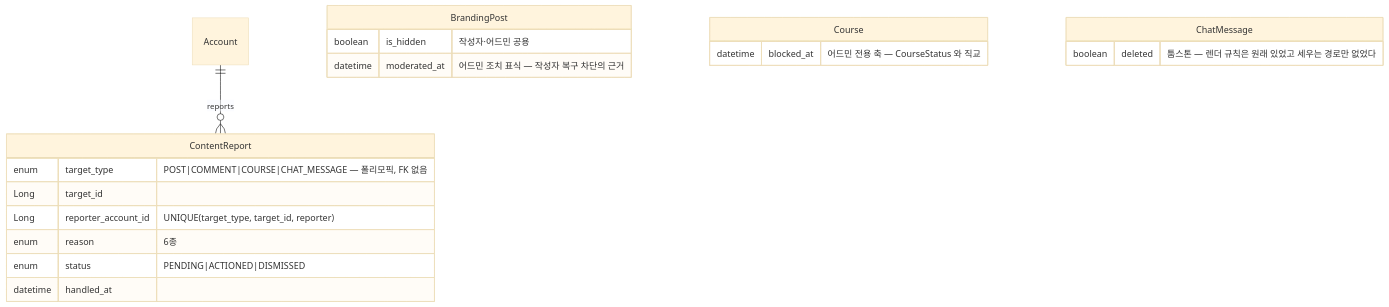
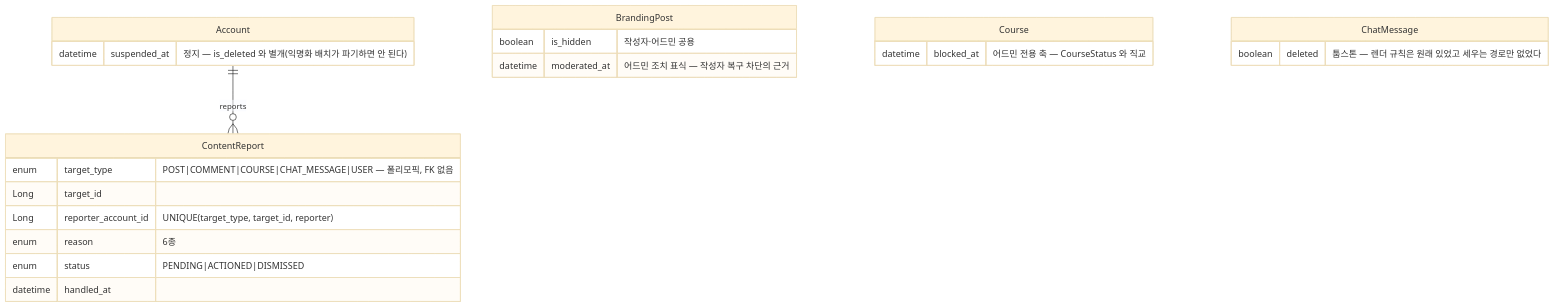
The fourth of 4 diagrams in docs/architecture/moderation.md (pungdong/Pungdong-Backend), drawn with Mermaid (base theme) before and after one commit. The commit also changed other lines of this file and 14 other files, not shown here.

````diff
--- a/docs/architecture/moderation.md
+++ b/docs/architecture/moderation.md
@@ -83,23 +83,26 @@
 ```mermaid
 erDiagram
     Account ||--o{ ContentReport : reports
 
     ContentReport {
-      enum target_type "POST|COMMENT|COURSE|CHAT_MESSAGE — 폴리모픽, FK 없음"
+      enum target_type "POST|COMMENT|COURSE|CHAT_MESSAGE|USER — 폴리모픽, FK 없음"
       Long target_id
       Long reporter_account_id "UNIQUE(target_type, target_id, reporter)"
       enum reason "6종"
       enum status "PENDING|ACTIONED|DISMISSED"
       datetime handled_at
     }
     BrandingPost {
       boolean is_hidden "작성자·어드민 공용"
       datetime moderated_at "어드민 조치 표식 — 작성자 복구 차단의 근거"
     }
     Course {
       datetime blocked_at "어드민 전용 축 — CourseStatus 와 직교"
     }
     ChatMessage {
       boolean deleted "툼스톤 — 렌더 규칙은 원래 있었고 세우는 경로만 없었다"
     }
+    Account {
+      datetime suspended_at "정지 — is_deleted 와 별개(익명화 배치가 파기하면 안 된다)"
+    }
 ```
````
